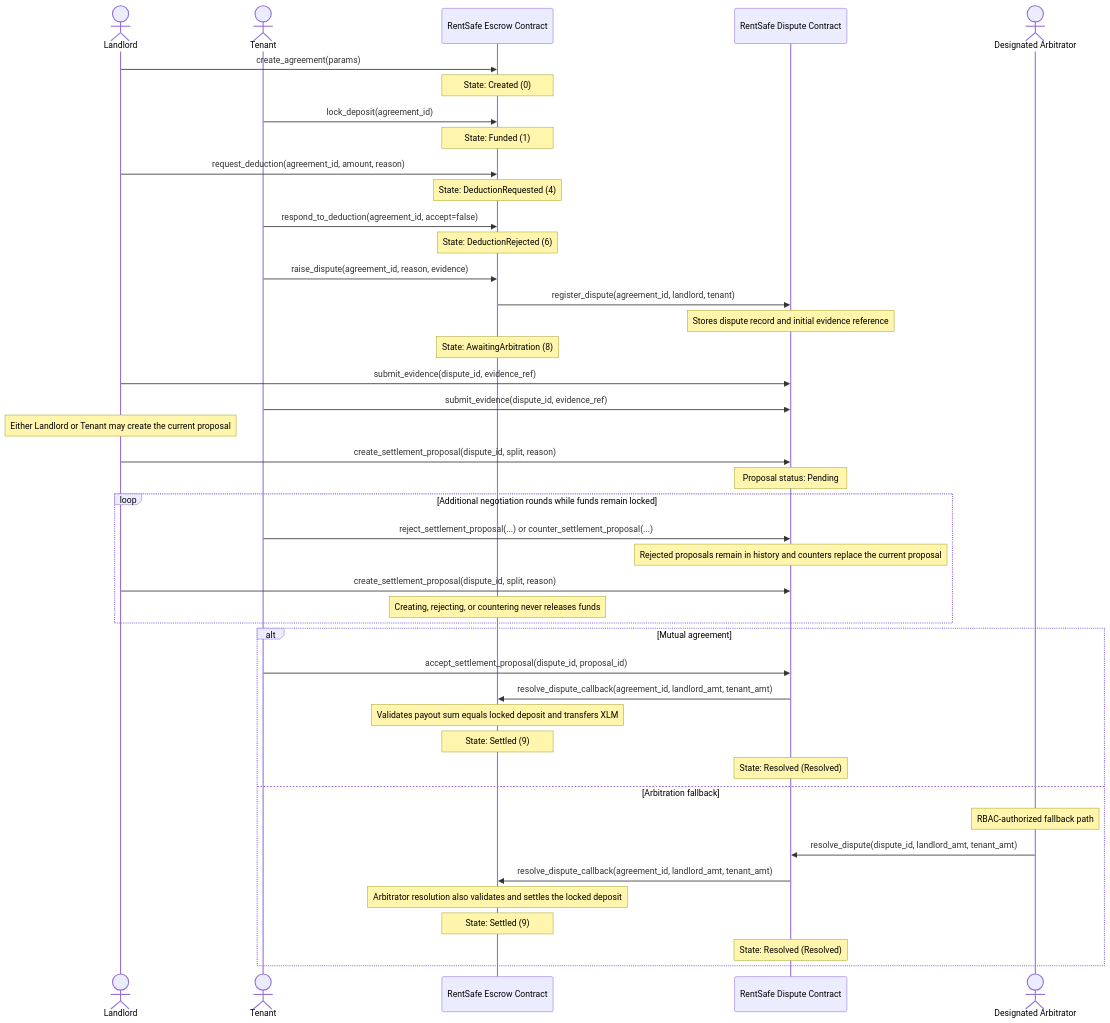
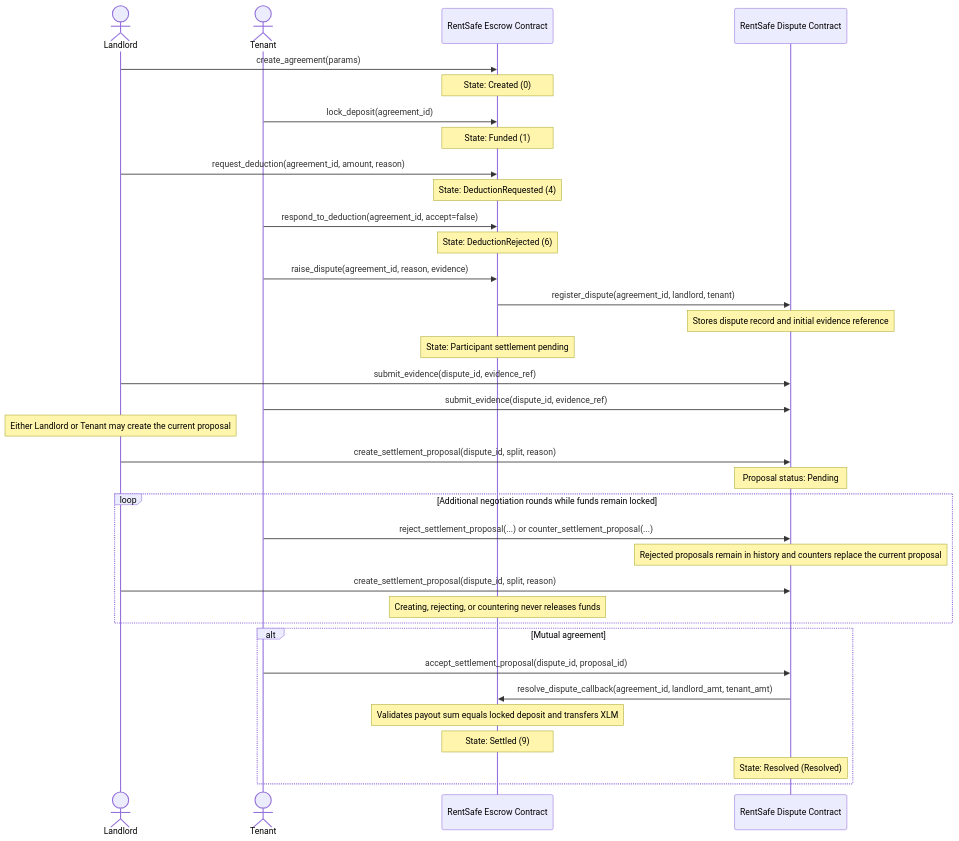
Before and after one commit to aniCtrl/RentSafe: the second of 2 diagrams in README.md, drawn with Mermaid. The commit also changed other lines of this file and 4 other files, not shown here.

````diff
--- a/README.md
+++ b/README.md
@@ -144,46 +144,37 @@
 ```mermaid
 sequenceDiagram
     actor Landlord
     actor Tenant
     participant Escrow as RentSafe Escrow Contract
     participant Dispute as RentSafe Dispute Contract
-    actor Arbitrator as Designated Arbitrator
-
     Landlord->>Escrow: create_agreement(params)
     Note over Escrow: State: Created (0)
     Tenant->>Escrow: lock_deposit(agreement_id)
     Note over Escrow: State: Funded (1)
     Landlord->>Escrow: request_deduction(agreement_id, amount, reason)
     Note over Escrow: State: DeductionRequested (4)
     Tenant->>Escrow: respond_to_deduction(agreement_id, accept=false)
     Note over Escrow: State: DeductionRejected (6)
     Tenant->>Escrow: raise_dispute(agreement_id, reason, evidence)
     Escrow->>Dispute: register_dispute(agreement_id, landlord, tenant)
     Note over Dispute: Stores dispute record and initial evidence reference
-    Note over Escrow: State: AwaitingArbitration (8)
+    Note over Escrow: State: Participant settlement pending
     Landlord->>Dispute: submit_evidence(dispute_id, evidence_ref)
     Tenant->>Dispute: submit_evidence(dispute_id, evidence_ref)
     Note over Landlord: Either Landlord or Tenant may create the current proposal
     Landlord->>Dispute: create_settlement_proposal(dispute_id, split, reason)
     Note over Dispute: Proposal status: Pending
     loop Additional negotiation rounds while funds remain locked
         Tenant->>Dispute: reject_settlement_proposal(...) or counter_settlement_proposal(...)
         Note over Dispute: Rejected proposals remain in history and counters replace the current proposal
         Landlord->>Dispute: create_settlement_proposal(dispute_id, split, reason)
         Note over Escrow: Creating, rejecting, or countering never releases funds
     end
     alt Mutual agreement
         Tenant->>Dispute: accept_settlement_proposal(dispute_id, proposal_id)
         Dispute->>Escrow: resolve_dispute_callback(agreement_id, landlord_amt, tenant_amt)
         Note over Escrow: Validates payout sum equals locked deposit and transfers XLM
         Note over Escrow: State: Settled (9)
         Note over Dispute: State: Resolved (Resolved)
-    else Arbitration fallback
-        Note over Arbitrator: RBAC-authorized fallback path
-        Arbitrator->>Dispute: resolve_dispute(dispute_id, landlord_amt, tenant_amt)
-        Dispute->>Escrow: resolve_dispute_callback(agreement_id, landlord_amt, tenant_amt)
-        Note over Escrow: Arbitrator resolution also validates and settles the locked deposit
-        Note over Escrow: State: Settled (9)
-        Note over Dispute: State: Resolved (Resolved)
     end
 ```
````
